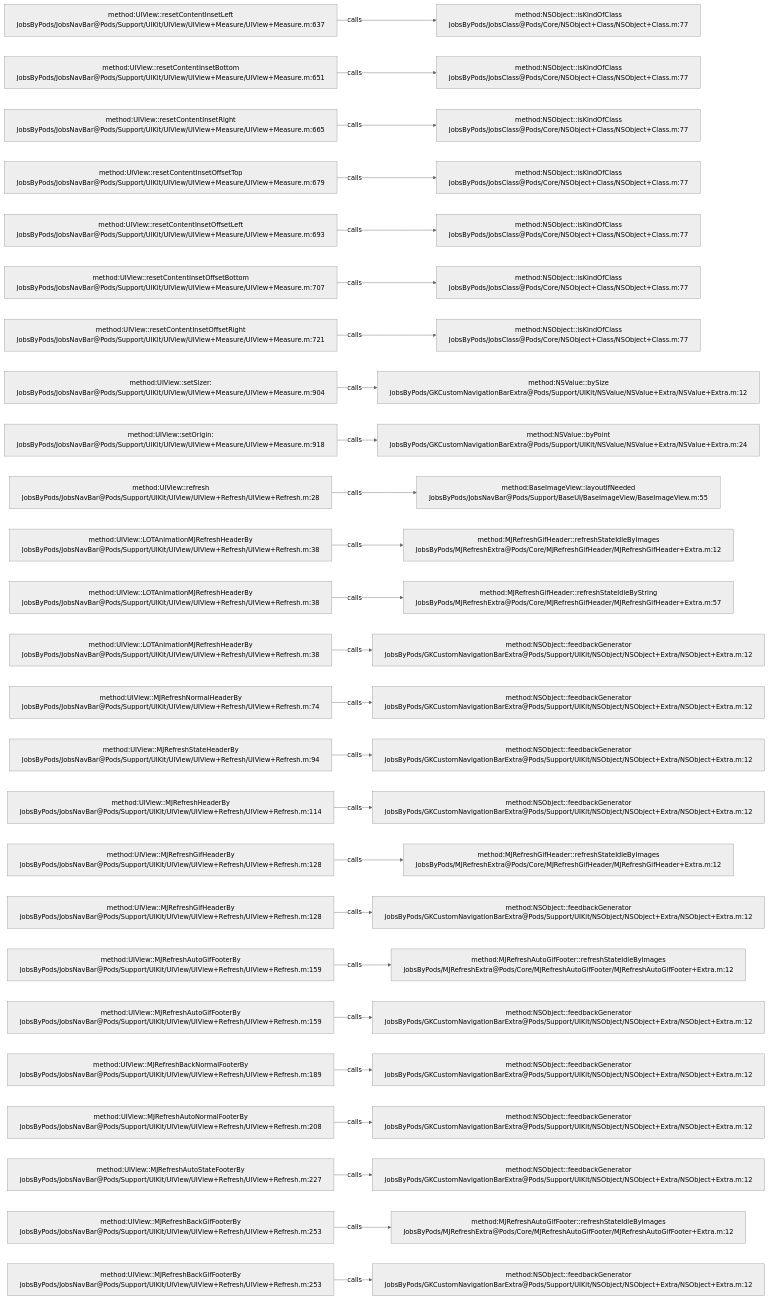
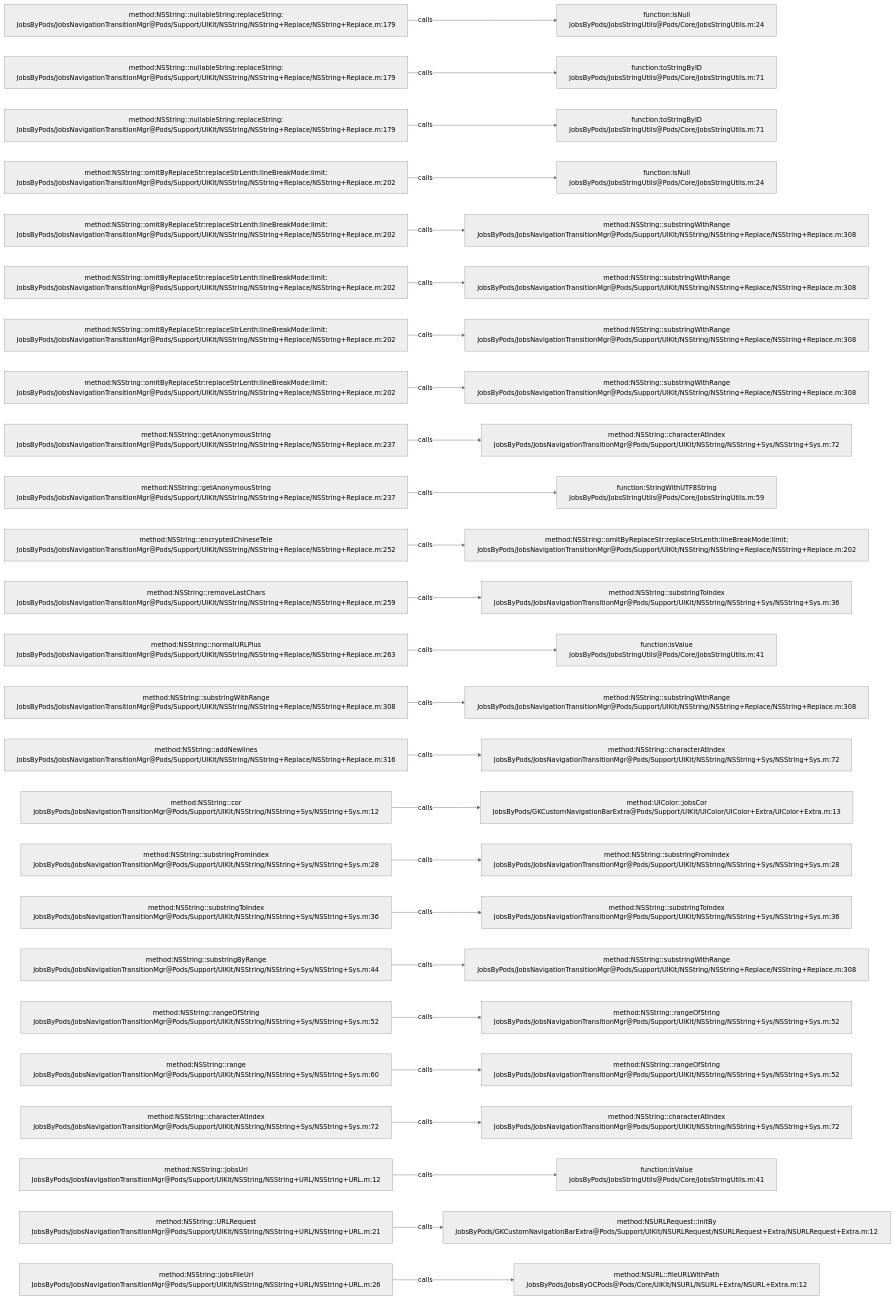
Before and after one commit to JobsKits/JobsOCBaseConfigDemo: the diagram in .codegraph/codegraph.md/graphs/calls-127.md, drawn with Mermaid (neutral theme). The commit also changed 639 other files, not shown here.

````diff
--- a/.codegraph/codegraph.md/graphs/calls-127.md
+++ b/.codegraph/codegraph.md/graphs/calls-127.md
@@ -13,78 +13,78 @@
 ```mermaid
 flowchart LR
-  S1["method:UIView::resetContentInsetLeft<br/>JobsByPods/JobsNavBar@Pods/Support/UIKit/UIView/UIView+Measure/UIView+Measure.m:637"]
-  T1["method:NSObject::isKindOfClass<br/>JobsByPods/JobsClass@Pods/Core/NSObject+Class/NSObject+Class.m:77"]
+  S1["method:NSString::nullableString:replaceString:<br/>JobsByPods/JobsNavigationTransitionMgr@Pods/Support/UIKit/NSString/NSString+Replace/NSString+Replace.m:179"]
+  T1["function:isNull<br/>JobsByPods/JobsStringUtils@Pods/Core/JobsStringUtils.m:24"]
   S1 -->|calls| T1
-  S2["method:UIView::resetContentInsetBottom<br/>JobsByPods/JobsNavBar@Pods/Support/UIKit/UIView/UIView+Measure/UIView+Measure.m:651"]
-  T2["method:NSObject::isKindOfClass<br/>JobsByPods/JobsClass@Pods/Core/NSObject+Class/NSObject+Class.m:77"]
+  S2["method:NSString::nullableString:replaceString:<br/>JobsByPods/JobsNavigationTransitionMgr@Pods/Support/UIKit/NSString/NSString+Replace/NSString+Replace.m:179"]
+  T2["function:toStringByID<br/>JobsByPods/JobsStringUtils@Pods/Core/JobsStringUtils.m:71"]
   S2 -->|calls| T2
-  S3["method:UIView::resetContentInsetRight<br/>JobsByPods/JobsNavBar@Pods/Support/UIKit/UIView/UIView+Measure/UIView+Measure.m:665"]
-  T3["method:NSObject::isKindOfClass<br/>JobsByPods/JobsClass@Pods/Core/NSObject+Class/NSObject+Class.m:77"]
+  S3["method:NSString::nullableString:replaceString:<br/>JobsByPods/JobsNavigationTransitionMgr@Pods/Support/UIKit/NSString/NSString+Replace/NSString+Replace.m:179"]
+  T3["function:toStringByID<br/>JobsByPods/JobsStringUtils@Pods/Core/JobsStringUtils.m:71"]
   S3 -->|calls| T3
-  S4["method:UIView::resetContentInsetOffsetTop<br/>JobsByPods/JobsNavBar@Pods/Support/UIKit/UIView/UIView+Measure/UIView+Measure.m:679"]
-  T4["method:NSObject::isKindOfClass<br/>JobsByPods/JobsClass@Pods/Core/NSObject+Class/NSObject+Class.m:77"]
+  S4["method:NSString::omitByReplaceStr:replaceStrLenth:lineBreakMode:limit:<br/>JobsByPods/JobsNavigationTransitionMgr@Pods/Support/UIKit/NSString/NSString+Replace/NSString+Replace.m:202"]
+  T4["function:isNull<br/>JobsByPods/JobsStringUtils@Pods/Core/JobsStringUtils.m:24"]
   S4 -->|calls| T4
-  S5["method:UIView::resetContentInsetOffsetLeft<br/>JobsByPods/JobsNavBar@Pods/Support/UIKit/UIView/UIView+Measure/UIView+Measure.m:693"]
-  T5["method:NSObject::isKindOfClass<br/>JobsByPods/JobsClass@Pods/Core/NSObject+Class/NSObject+Class.m:77"]
+  S5["method:NSString::omitByReplaceStr:replaceStrLenth:lineBreakMode:limit:<br/>JobsByPods/JobsNavigationTransitionMgr@Pods/Support/UIKit/NSString/NSString+Replace/NSString+Replace.m:202"]
+  T5["method:NSString::substringWithRange<br/>JobsByPods/JobsNavigationTransitionMgr@Pods/Support/UIKit/NSString/NSString+Replace/NSString+Replace.m:308"]
   S5 -->|calls| T5
-  S6["method:UIView::resetContentInsetOffsetBottom<br/>JobsByPods/JobsNavBar@Pods/Support/UIKit/UIView/UIView+Measure/UIView+Measure.m:707"]
-  T6["method:NSObject::isKindOfClass<br/>JobsByPods/JobsClass@Pods/Core/NSObject+Class/NSObject+Class.m:77"]
+  S6["method:NSString::omitByReplaceStr:replaceStrLenth:lineBreakMode:limit:<br/>JobsByPods/JobsNavigationTransitionMgr@Pods/Support/UIKit/NSString/NSString+Replace/NSString+Replace.m:202"]
+  T6["method:NSString::substringWithRange<br/>JobsByPods/JobsNavigationTransitionMgr@Pods/Support/UIKit/NSString/NSString+Replace/NSString+Replace.m:308"]
   S6 -->|calls| T6
-  S7["method:UIView::resetContentInsetOffsetRight<br/>JobsByPods/JobsNavBar@Pods/Support/UIKit/UIView/UIView+Measure/UIView+Measure.m:721"]
-  T7["method:NSObject::isKindOfClass<br/>JobsByPods/JobsClass@Pods/Core/NSObject+Class/NSObject+Class.m:77"]
+  S7["method:NSString::omitByReplaceStr:replaceStrLenth:lineBreakMode:limit:<br/>JobsByPods/JobsNavigationTransitionMgr@Pods/Support/UIKit/NSString/NSString+Replace/NSString+Replace.m:202"]
+  T7["method:NSString::substringWithRange<br/>JobsByPods/JobsNavigationTransitionMgr@Pods/Support/UIKit/NSString/NSString+Replace/NSString+Replace.m:308"]
   S7 -->|calls| T7
-  S8["method:UIView::setSizer:<br/>JobsByPods/JobsNavBar@Pods/Support/UIKit/UIView/UIView+Measure/UIView+Measure.m:904"]
-  T8["method:NSValue::bySize<br/>JobsByPods/GKCustomNavigationBarExtra@Pods/Support/UIKit/NSValue/NSValue+Extra/NSValue+Extra.m:12"]
+  S8["method:NSString::omitByReplaceStr:replaceStrLenth:lineBreakMode:limit:<br/>JobsByPods/JobsNavigationTransitionMgr@Pods/Support/UIKit/NSString/NSString+Replace/NSString+Replace.m:202"]
+  T8["method:NSString::substringWithRange<br/>JobsByPods/JobsNavigationTransitionMgr@Pods/Support/UIKit/NSString/NSString+Replace/NSString+Replace.m:308"]
   S8 -->|calls| T8
-  S9["method:UIView::setOrigin:<br/>JobsByPods/JobsNavBar@Pods/Support/UIKit/UIView/UIView+Measure/UIView+Measure.m:918"]
-  T9["method:NSValue::byPoint<br/>JobsByPods/GKCustomNavigationBarExtra@Pods/Support/UIKit/NSValue/NSValue+Extra/NSValue+Extra.m:24"]
+  S9["method:NSString::getAnonymousString<br/>JobsByPods/JobsNavigationTransitionMgr@Pods/Support/UIKit/NSString/NSString+Replace/NSString+Replace.m:237"]
+  T9["method:NSString::characterAtIndex<br/>JobsByPods/JobsNavigationTransitionMgr@Pods/Support/UIKit/NSString/NSString+Sys/NSString+Sys.m:72"]
   S9 -->|calls| T9
-  S10["method:UIView::refresh<br/>JobsByPods/JobsNavBar@Pods/Support/UIKit/UIView/UIView+Refresh/UIView+Refresh.m:28"]
-  T10["method:BaseImageView::layoutIfNeeded<br/>JobsByPods/JobsNavBar@Pods/Support/BaseUI/BaseImageView/BaseImageView.m:55"]
+  S10["method:NSString::getAnonymousString<br/>JobsByPods/JobsNavigationTransitionMgr@Pods/Support/UIKit/NSString/NSString+Replace/NSString+Replace.m:237"]
+  T10["function:StringWithUTF8String<br/>JobsByPods/JobsStringUtils@Pods/Core/JobsStringUtils.m:59"]
   S10 -->|calls| T10
-  S11["method:UIView::LOTAnimationMJRefreshHeaderBy<br/>JobsByPods/JobsNavBar@Pods/Support/UIKit/UIView/UIView+Refresh/UIView+Refresh.m:38"]
-  T11["method:MJRefreshGifHeader::refreshStateIdleByImages<br/>JobsByPods/MJRefreshExtra@Pods/Core/MJRefreshGifHeader/MJRefreshGifHeader+Extra.m:12"]
+  S11["method:NSString::encryptedChineseTele<br/>JobsByPods/JobsNavigationTransitionMgr@Pods/Support/UIKit/NSString/NSString+Replace/NSString+Replace.m:252"]
+  T11["method:NSString::omitByReplaceStr:replaceStrLenth:lineBreakMode:limit:<br/>JobsByPods/JobsNavigationTransitionMgr@Pods/Support/UIKit/NSString/NSString+Replace/NSString+Replace.m:202"]
   S11 -->|calls| T11
-  S12["method:UIView::LOTAnimationMJRefreshHeaderBy<br/>JobsByPods/JobsNavBar@Pods/Support/UIKit/UIView/UIView+Refresh/UIView+Refresh.m:38"]
-  T12["method:MJRefreshGifHeader::refreshStateIdleByString<br/>JobsByPods/MJRefreshExtra@Pods/Core/MJRefreshGifHeader/MJRefreshGifHeader+Extra.m:57"]
+  S12["method:NSString::removeLastChars<br/>JobsByPods/JobsNavigationTransitionMgr@Pods/Support/UIKit/NSString/NSString+Replace/NSString+Replace.m:259"]
+  T12["method:NSString::substringToIndex<br/>JobsByPods/JobsNavigationTransitionMgr@Pods/Support/UIKit/NSString/NSString+Sys/NSString+Sys.m:36"]
   S12 -->|calls| T12
-  S13["method:UIView::LOTAnimationMJRefreshHeaderBy<br/>JobsByPods/JobsNavBar@Pods/Support/UIKit/UIView/UIView+Refresh/UIView+Refresh.m:38"]
-  T13["method:NSObject::feedbackGenerator<br/>JobsByPods/GKCustomNavigationBarExtra@Pods/Support/UIKit/NSObject/NSObject+Extra/NSObject+Extra.m:12"]
+  S13["method:NSString::normalURLPlus<br/>JobsByPods/JobsNavigationTransitionMgr@Pods/Support/UIKit/NSString/NSString+Replace/NSString+Replace.m:263"]
+  T13["function:isValue<br/>JobsByPods/JobsStringUtils@Pods/Core/JobsStringUtils.m:41"]
   S13 -->|calls| T13
-  S14["method:UIView::MJRefreshNormalHeaderBy<br/>JobsByPods/JobsNavBar@Pods/Support/UIKit/UIView/UIView+Refresh/UIView+Refresh.m:74"]
-  T14["method:NSObject::feedbackGenerator<br/>JobsByPods/GKCustomNavigationBarExtra@Pods/Support/UIKit/NSObject/NSObject+Extra/NSObject+Extra.m:12"]
+  S14["method:NSString::substringWithRange<br/>JobsByPods/JobsNavigationTransitionMgr@Pods/Support/UIKit/NSString/NSString+Replace/NSString+Replace.m:308"]
+  T14["method:NSString::substringWithRange<br/>JobsByPods/JobsNavigationTransitionMgr@Pods/Support/UIKit/NSString/NSString+Replace/NSString+Replace.m:308"]
   S14 -->|calls| T14
-  S15["method:UIView::MJRefreshStateHeaderBy<br/>JobsByPods/JobsNavBar@Pods/Support/UIKit/UIView/UIView+Refresh/UIView+Refresh.m:94"]
-  T15["method:NSObject::feedbackGenerator<br/>JobsByPods/GKCustomNavigationBarExtra@Pods/Support/UIKit/NSObject/NSObject+Extra/NSObject+Extra.m:12"]
+  S15["method:NSString::addNewlines<br/>JobsByPods/JobsNavigationTransitionMgr@Pods/Support/UIKit/NSString/NSString+Replace/NSString+Replace.m:316"]
+  T15["method:NSString::characterAtIndex<br/>JobsByPods/JobsNavigationTransitionMgr@Pods/Support/UIKit/NSString/NSString+Sys/NSString+Sys.m:72"]
   S15 -->|calls| T15
-  S16["method:UIView::MJRefreshHeaderBy<br/>JobsByPods/JobsNavBar@Pods/Support/UIKit/UIView/UIView+Refresh/UIView+Refresh.m:114"]
-  T16["method:NSObject::feedbackGenerator<br/>JobsByPods/GKCustomNavigationBarExtra@Pods/Support/UIKit/NSObject/NSObject+Extra/NSObject+Extra.m:12"]
+  S16["method:NSString::cor<br/>JobsByPods/JobsNavigationTransitionMgr@Pods/Support/UIKit/NSString/NSString+Sys/NSString+Sys.m:12"]
+  T16["method:UIColor::jobsCor<br/>JobsByPods/GKCustomNavigationBarExtra@Pods/Support/UIKit/UIColor/UIColor+Extra/UIColor+Extra.m:13"]
   S16 -->|calls| T16
-  S17["method:UIView::MJRefreshGifHeaderBy<br/>JobsByPods/JobsNavBar@Pods/Support/UIKit/UIView/UIView+Refresh/UIView+Refresh.m:128"]
-  T17["method:MJRefreshGifHeader::refreshStateIdleByImages<br/>JobsByPods/MJRefreshExtra@Pods/Core/MJRefreshGifHeader/MJRefreshGifHeader+Extra.m:12"]
+  S17["method:NSString::substringFromIndex<br/>JobsByPods/JobsNavigationTransitionMgr@Pods/Support/UIKit/NSString/NSString+Sys/NSString+Sys.m:28"]
+  T17["method:NSString::substringFromIndex<br/>JobsByPods/JobsNavigationTransitionMgr@Pods/Support/UIKit/NSString/NSString+Sys/NSString+Sys.m:28"]
   S17 -->|calls| T17
-  S18["method:UIView::MJRefreshGifHeaderBy<br/>JobsByPods/JobsNavBar@Pods/Support/UIKit/UIView/UIView+Refresh/UIView+Refresh.m:128"]
-  T18["method:NSObject::feedbackGenerator<br/>JobsByPods/GKCustomNavigationBarExtra@Pods/Support/UIKit/NSObject/NSObject+Extra/NSObject+Extra.m:12"]
+  S18["method:NSString::substringToIndex<br/>JobsByPods/JobsNavigationTransitionMgr@Pods/Support/UIKit/NSString/NSString+Sys/NSString+Sys.m:36"]
+  T18["method:NSString::substringToIndex<br/>JobsByPods/JobsNavigationTransitionMgr@Pods/Support/UIKit/NSString/NSString+Sys/NSString+Sys.m:36"]
   S18 -->|calls| T18
-  S19["method:UIView::MJRefreshAutoGifFooterBy<br/>JobsByPods/JobsNavBar@Pods/Support/UIKit/UIView/UIView+Refresh/UIView+Refresh.m:159"]
-  T19["method:MJRefreshAutoGifFooter::refreshStateIdleByImages<br/>JobsByPods/MJRefreshExtra@Pods/Core/MJRefreshAutoGifFooter/MJRefreshAutoGifFooter+Extra.m:12"]
+  S19["method:NSString::substringByRange<br/>JobsByPods/JobsNavigationTransitionMgr@Pods/Support/UIKit/NSString/NSString+Sys/NSString+Sys.m:44"]
+  T19["method:NSString::substringWithRange<br/>JobsByPods/JobsNavigationTransitionMgr@Pods/Support/UIKit/NSString/NSString+Replace/NSString+Replace.m:308"]
   S19 -->|calls| T19
-  S20["method:UIView::MJRefreshAutoGifFooterBy<br/>JobsByPods/JobsNavBar@Pods/Support/UIKit/UIView/UIView+Refresh/UIView+Refresh.m:159"]
-  T20["method:NSObject::feedbackGenerator<br/>JobsByPods/GKCustomNavigationBarExtra@Pods/Support/UIKit/NSObject/NSObject+Extra/NSObject+Extra.m:12"]
+  S20["method:NSString::rangeOfString<br/>JobsByPods/JobsNavigationTransitionMgr@Pods/Support/UIKit/NSString/NSString+Sys/NSString+Sys.m:52"]
+  T20["method:NSString::rangeOfString<br/>JobsByPods/JobsNavigationTransitionMgr@Pods/Support/UIKit/NSString/NSString+Sys/NSString+Sys.m:52"]
   S20 -->|calls| T20
-  S21["method:UIView::MJRefreshBackNormalFooterBy<br/>JobsByPods/JobsNavBar@Pods/Support/UIKit/UIView/UIView+Refresh/UIView+Refresh.m:189"]
-  T21["method:NSObject::feedbackGenerator<br/>JobsByPods/GKCustomNavigationBarExtra@Pods/Support/UIKit/NSObject/NSObject+Extra/NSObject+Extra.m:12"]
+  S21["method:NSString::range<br/>JobsByPods/JobsNavigationTransitionMgr@Pods/Support/UIKit/NSString/NSString+Sys/NSString+Sys.m:60"]
+  T21["method:NSString::rangeOfString<br/>JobsByPods/JobsNavigationTransitionMgr@Pods/Support/UIKit/NSString/NSString+Sys/NSString+Sys.m:52"]
   S21 -->|calls| T21
-  S22["method:UIView::MJRefreshAutoNormalFooterBy<br/>JobsByPods/JobsNavBar@Pods/Support/UIKit/UIView/UIView+Refresh/UIView+Refresh.m:208"]
-  T22["method:NSObject::feedbackGenerator<br/>JobsByPods/GKCustomNavigationBarExtra@Pods/Support/UIKit/NSObject/NSObject+Extra/NSObject+Extra.m:12"]
+  S22["method:NSString::characterAtIndex<br/>JobsByPods/JobsNavigationTransitionMgr@Pods/Support/UIKit/NSString/NSString+Sys/NSString+Sys.m:72"]
+  T22["method:NSString::characterAtIndex<br/>JobsByPods/JobsNavigationTransitionMgr@Pods/Support/UIKit/NSString/NSString+Sys/NSString+Sys.m:72"]
   S22 -->|calls| T22
-  S23["method:UIView::MJRefreshAutoStateFooterBy<br/>JobsByPods/JobsNavBar@Pods/Support/UIKit/UIView/UIView+Refresh/UIView+Refresh.m:227"]
-  T23["method:NSObject::feedbackGenerator<br/>JobsByPods/GKCustomNavigationBarExtra@Pods/Support/UIKit/NSObject/NSObject+Extra/NSObject+Extra.m:12"]
+  S23["method:NSString::jobsUrl<br/>JobsByPods/JobsNavigationTransitionMgr@Pods/Support/UIKit/NSString/NSString+URL/NSString+URL.m:12"]
+  T23["function:isValue<br/>JobsByPods/JobsStringUtils@Pods/Core/JobsStringUtils.m:41"]
   S23 -->|calls| T23
-  S24["method:UIView::MJRefreshBackGifFooterBy<br/>JobsByPods/JobsNavBar@Pods/Support/UIKit/UIView/UIView+Refresh/UIView+Refresh.m:253"]
-  T24["method:MJRefreshAutoGifFooter::refreshStateIdleByImages<br/>JobsByPods/MJRefreshExtra@Pods/Core/MJRefreshAutoGifFooter/MJRefreshAutoGifFooter+Extra.m:12"]
+  S24["method:NSString::URLRequest<br/>JobsByPods/JobsNavigationTransitionMgr@Pods/Support/UIKit/NSString/NSString+URL/NSString+URL.m:21"]
+  T24["method:NSURLRequest::initBy<br/>JobsByPods/GKCustomNavigationBarExtra@Pods/Support/UIKit/NSURLRequest/NSURLRequest+Extra/NSURLRequest+Extra.m:12"]
   S24 -->|calls| T24
-  S25["method:UIView::MJRefreshBackGifFooterBy<br/>JobsByPods/JobsNavBar@Pods/Support/UIKit/UIView/UIView+Refresh/UIView+Refresh.m:253"]
-  T25["method:NSObject::feedbackGenerator<br/>JobsByPods/GKCustomNavigationBarExtra@Pods/Support/UIKit/NSObject/NSObject+Extra/NSObject+Extra.m:12"]
+  S25["method:NSString::jobsFileUrl<br/>JobsByPods/JobsNavigationTransitionMgr@Pods/Support/UIKit/NSString/NSString+URL/NSString+URL.m:26"]
+  T25["method:NSURL::fileURLWithPath<br/>JobsByPods/JobsByOCPods@Pods/Core/UIKit/NSURL/NSURL+Extra/NSURL+Extra.m:12"]
   S25 -->|calls| T25
 ```
````
